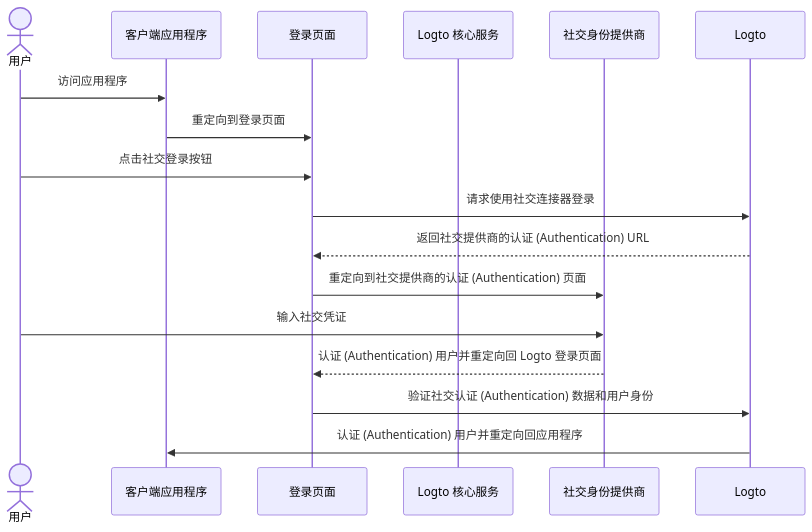
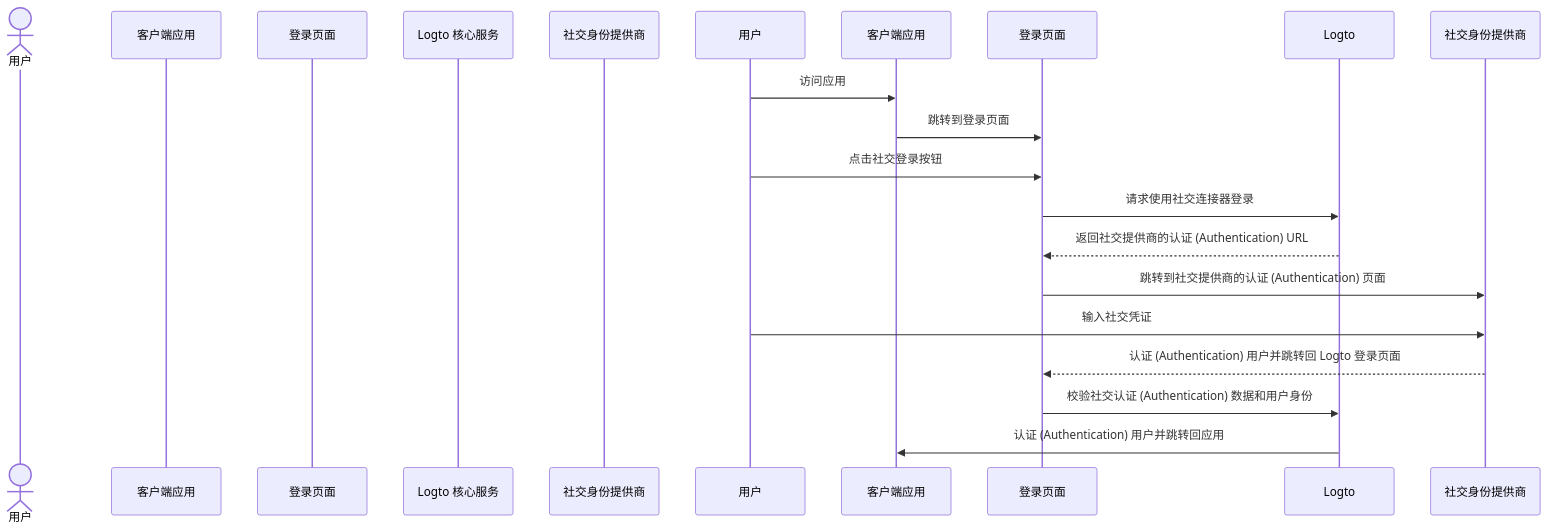
The first of 6 diagrams in i18n/zh-CN/docusaurus-plugin-content-docs/current/end-user-flows/sign-up-and-sign-in/social-sign-in.mdx (logto-io/docs), drawn with Mermaid before and after one commit. The commit also changed other lines of this file and 59 other files, not shown here.

````diff
--- a/i18n/zh-CN/docusaurus-plugin-content-docs/current/end-user-flows/sign-up-and-sign-in/social-sign-in.mdx
+++ b/i18n/zh-CN/docusaurus-plugin-content-docs/current/end-user-flows/sign-up-and-sign-in/social-sign-in.mdx
@@ -36,19 +36,19 @@
 ```mermaid
 sequenceDiagram
     actor user as 用户
-    participant app as 客户端应用程序
+    participant app as 客户端应用
     participant experience as 登录页面
     participant logto as Logto 核心服务
     participant social as 社交身份提供商
 
-    user->>app: 访问应用程序
-    app->>experience: 重定向到登录页面
-    user->>experience: 点击社交登录按钮
-    experience->>Logto: 请求使用社交连接器登录
-    Logto-->>experience: 返回社交提供商的认证 (Authentication) URL
-    experience->>social: 重定向到社交提供商的认证 (Authentication) 页面
-    user->>social: 输入社交凭证
-    social-->>experience: 认证 (Authentication) 用户并重定向回 Logto 登录页面
-    experience->>Logto: 验证社交认证 (Authentication) 数据和用户身份
-    Logto->>app: 认证 (Authentication) 用户并重定向回应用程序
+    用户->>客户端应用: 访问应用
+    客户端应用->>登录页面: 跳转到登录页面
+    用户->>登录页面: 点击社交登录按钮
+    登录页面->>Logto: 请求使用社交连接器登录
+    Logto-->>登录页面: 返回社交提供商的认证 (Authentication) URL
+    登录页面->>社交身份提供商: 跳转到社交提供商的认证 (Authentication) 页面
+    用户->>社交身份提供商: 输入社交凭证
+    社交身份提供商-->>登录页面: 认证 (Authentication) 用户并跳转回 Logto 登录页面
+    登录页面->>Logto: 校验社交认证 (Authentication) 数据和用户身份
+    Logto->>客户端应用: 认证 (Authentication) 用户并跳转回应用
 ```
````
